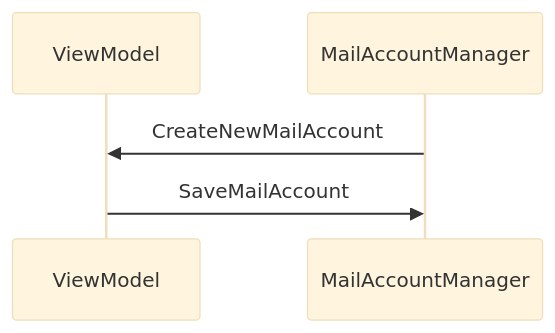
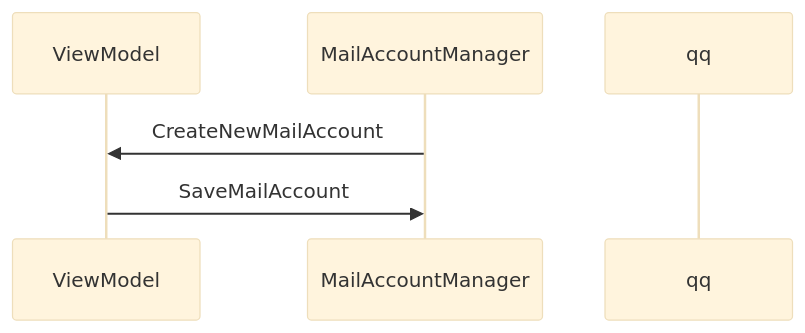
Before and after one commit to jan-schubert/Mailie: the diagram in Documentation/Settings.md, drawn with Mermaid (base theme). The commit also changed other lines of this file, not shown here.

````diff
--- a/Documentation/Settings.md
+++ b/Documentation/Settings.md
@@ -4,9 +4,10 @@
 ```mermaid
 sequenceDiagram
 participant ViewModel
 participant MailAccountManager
+participant qq
+
+
 MailAccountManager->>ViewModel: CreateNewMailAccount
 ViewModel->>MailAccountManager: SaveMailAccount
-
-
 ```
````
